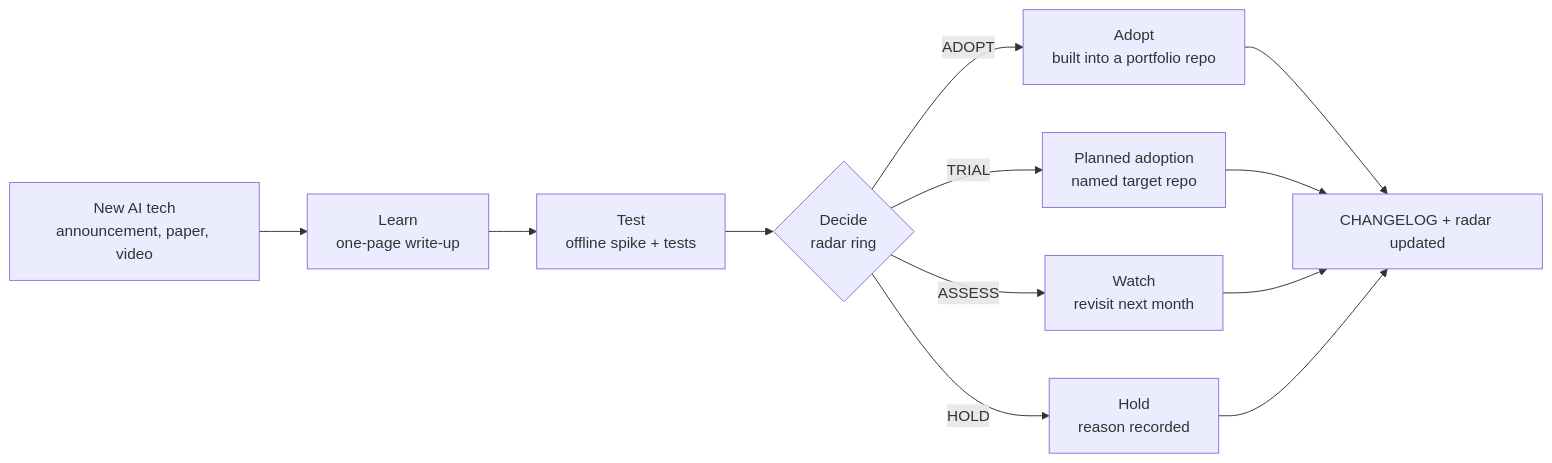
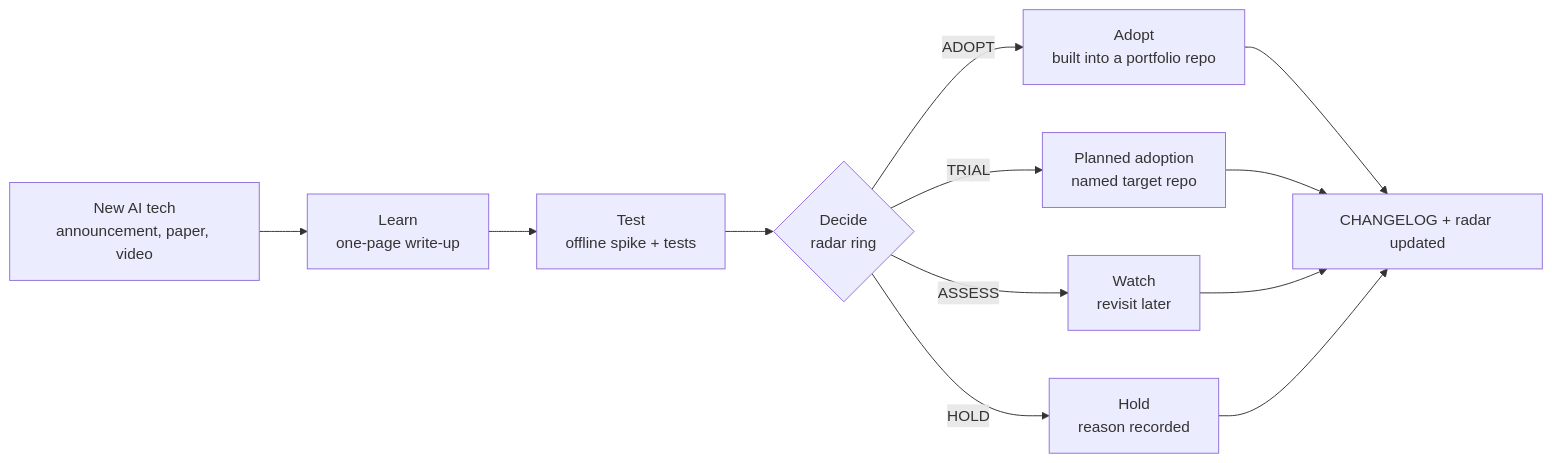
Before and after one commit to jagadishmazure-jpg/Jagadish-ai-learning-lab: the diagram in README.md, drawn with Mermaid. The commit also changed other lines of this file and 11 other files, not shown here.

````diff
--- a/README.md
+++ b/README.md
@@ -24,14 +24,14 @@
 ```mermaid
 flowchart LR
     S[New AI tech<br/>announcement, paper, video] --> L[Learn<br/>one-page write-up]
     L --> T[Test<br/>offline spike + tests]
     T --> D{Decide<br/>radar ring}
     D -->|ADOPT| A[Adopt<br/>built into a portfolio repo]
     D -->|TRIAL| P[Planned adoption<br/>named target repo]
-    D -->|ASSESS| W[Watch<br/>revisit next month]
+    D -->|ASSESS| W[Watch<br/>revisit later]
     D -->|HOLD| H[Hold<br/>reason recorded]
     A --> C[CHANGELOG + radar updated]
     P --> C
     W --> C
     H --> C
 ```
````
